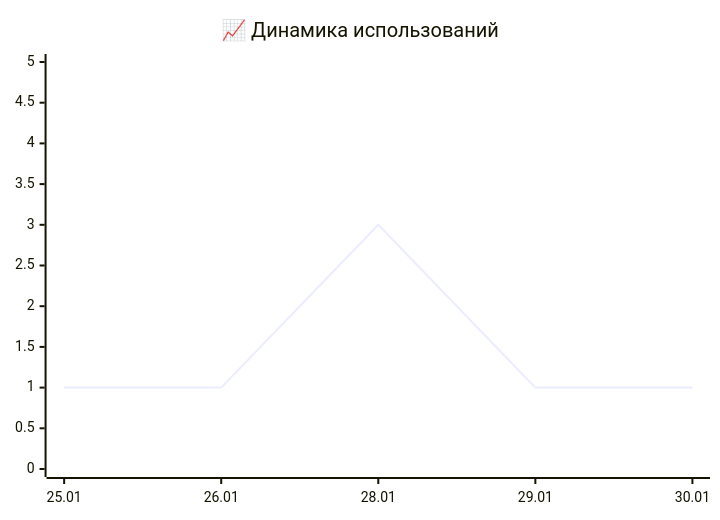
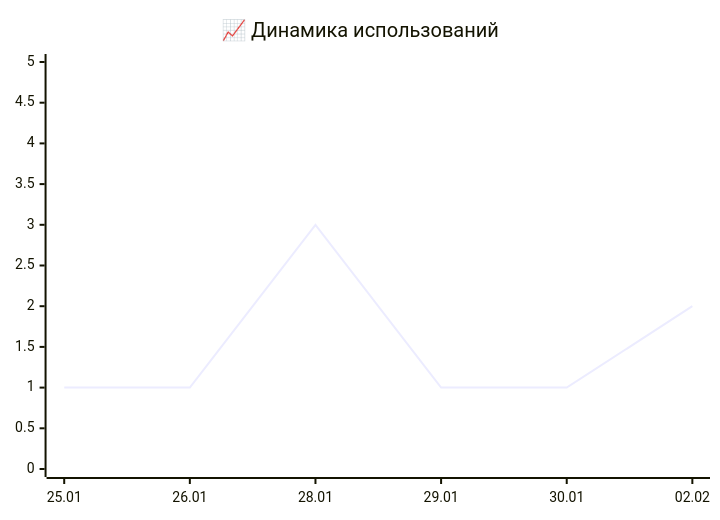
One commit to IliaKurdukov/the_security_curves changed the first of 2 diagrams in README.md. Above: the diagram before and after it, drawn with Mermaid. The commit also changed other lines of this file, not shown here.

````diff
--- a/README.md
+++ b/README.md
@@ -34,16 +34,16 @@
 ```mermaid
 %%{init: {'config': {
   'xychart': {
     'width': 400,
     'height': 300,
     'showDataLabel': true,
     'plotColorPalette': '#3572a5'
   }
 }}}%%
 xychart-beta
     title "📈 Динамика использований"
-    x-axis ["25.01", "26.01", "28.01", "29.01", "30.01"]
+    x-axis ["25.01", "26.01", "28.01", "29.01", "30.01", "02.02"]
     y-axis "" 0 --> 5
-    line [1, 1, 3, 1, 1]
+    line [1, 1, 3, 1, 1, 2]
 
 ```
````
